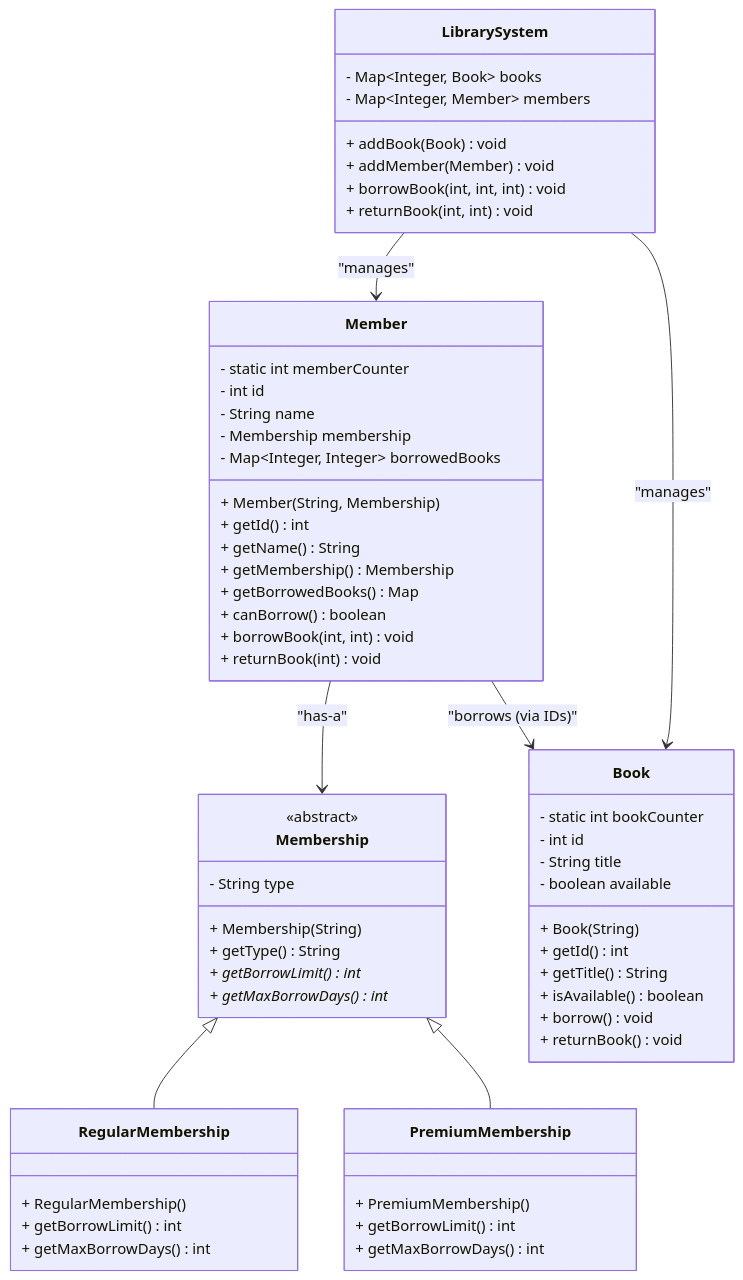
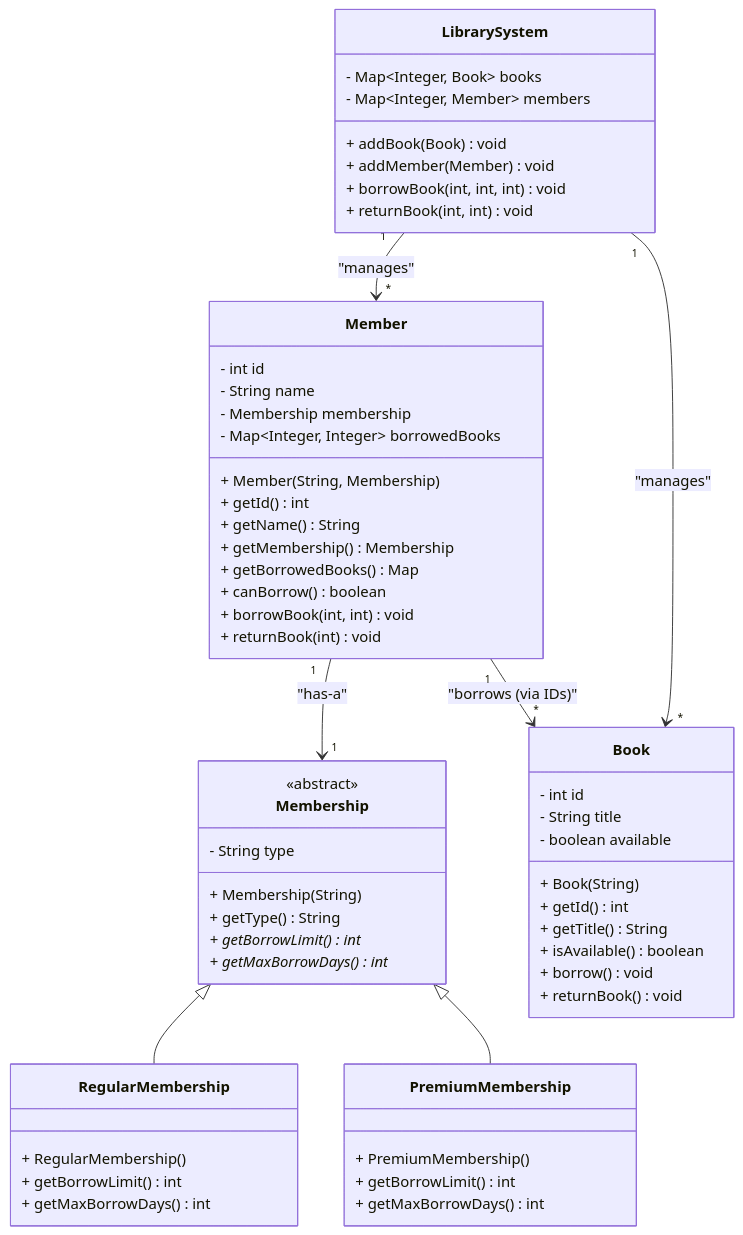
The diagram in OOP/2_Problems_Solving_Using_OOP/Medium/Library_Membership_System/LibraryMembershipSystem.md (srimani-ravikumar/interview-prep), drawn with Mermaid before and after one commit.

````diff
--- a/OOP/2_Problems_Solving_Using_OOP/Medium/Library_Membership_System/LibraryMembershipSystem.md
+++ b/OOP/2_Problems_Solving_Using_OOP/Medium/Library_Membership_System/LibraryMembershipSystem.md
@@ -1,75 +1,73 @@
 ```mermaid
 
 classDiagram
     direction TB
 
     class Membership {
         <<abstract>>
         - String type
         + Membership(String)
         + getType() String
         + getBorrowLimit() int*
         + getMaxBorrowDays() int*
     }
 
     class RegularMembership {
         + RegularMembership()
         + getBorrowLimit() int
         + getMaxBorrowDays() int
     }
 
     class PremiumMembership {
         + PremiumMembership()
         + getBorrowLimit() int
         + getMaxBorrowDays() int
     }
 
     class Book {
-        - static int bookCounter
         - int id
         - String title
         - boolean available
         + Book(String)
         + getId() int
         + getTitle() String
         + isAvailable() boolean
         + borrow() void
         + returnBook() void
     }
 
     class Member {
-        - static int memberCounter
         - int id
         - String name
         - Membership membership
         - Map~Integer, Integer~ borrowedBooks
         + Member(String, Membership)
         + getId() int
         + getName() String
         + getMembership() Membership
         + getBorrowedBooks() Map
         + canBorrow() boolean
         + borrowBook(int, int) void
         + returnBook(int) void
     }
 
     class LibrarySystem {
         - Map~Integer, Book~ books
         - Map~Integer, Member~ members
         + addBook(Book) void
         + addMember(Member) void
         + borrowBook(int, int, int) void
         + returnBook(int, int) void
     }
 
     %% Relationships
     Membership <|-- RegularMembership
     Membership <|-- PremiumMembership
 
-    Member --> Membership : "has-a"
-    LibrarySystem --> Book : "manages"
-    LibrarySystem --> Member : "manages"
+    Member "1" --> "1" Membership : "has-a"
+    LibrarySystem "1" --> "*" Book : "manages"
+    LibrarySystem "1" --> "*" Member : "manages"
 
-    Member --> Book : "borrows (via IDs)"
+    Member "1" --> "*" Book : "borrows (via IDs)"
 
 ```
````
